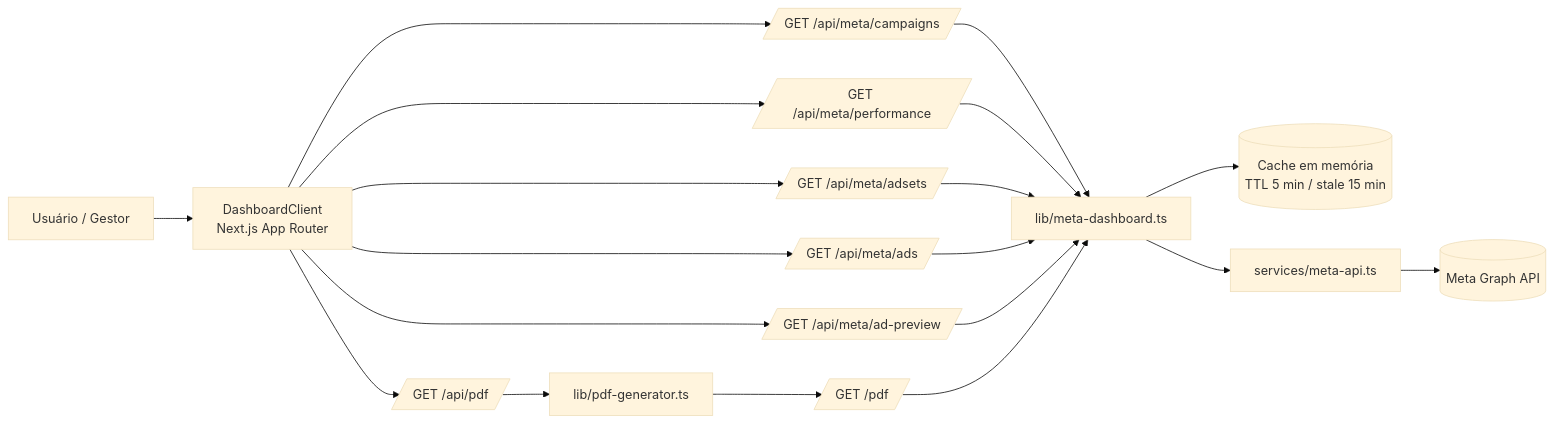
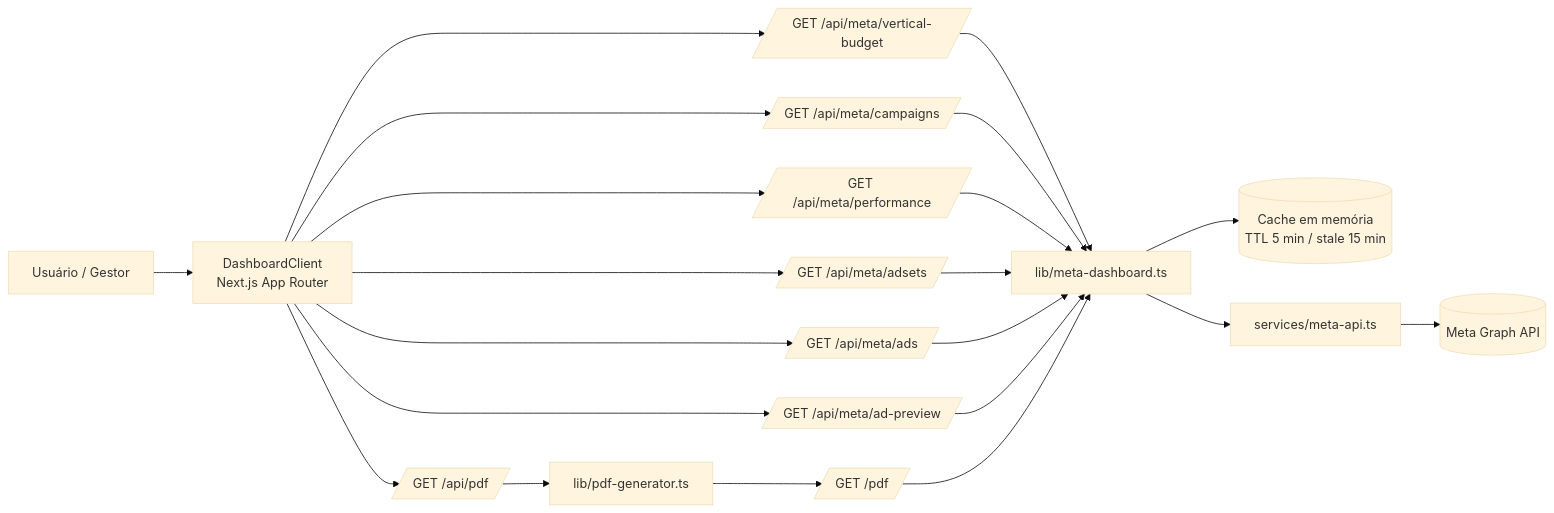
One commit to marketingviasoft/meta-ads-intelligence-viasoft changed the diagram in docs/DOCUMENTACAO_COMPLETA.md. Above: the diagram before and after it, drawn with Mermaid (base theme). The commit also changed other lines of this file and 17 other files, not shown here.

````diff
--- a/docs/DOCUMENTACAO_COMPLETA.md
+++ b/docs/DOCUMENTACAO_COMPLETA.md
@@ -86,24 +89,26 @@
 ```mermaid
 flowchart LR
   U[Usuário / Gestor] --> UI[DashboardClient<br/>Next.js App Router]
   UI --> API1[/GET /api/meta/campaigns/]
+  UI --> API0[/GET /api/meta/vertical-budget/]
   UI --> API2[/GET /api/meta/performance/]
   UI --> API3[/GET /api/meta/adsets/]
   UI --> API4[/GET /api/meta/ads/]
   UI --> API5[/GET /api/meta/ad-preview/]
   UI --> A6[/GET /api/pdf/]
 
+  API0 --> ORQ[lib/meta-dashboard.ts]
   API1 --> ORQ[lib/meta-dashboard.ts]
   API2 --> ORQ
   API3 --> ORQ
   API4 --> ORQ
   API5 --> ORQ
 
   ORQ --> CACHE[(Cache em memória<br/>TTL 5 min / stale 15 min)]
   ORQ --> META[services/meta-api.ts]
   META --> GRAPH[(Meta Graph API)]
 
   A6 --> A7[lib/pdf-generator.ts]
   A7 --> A8[/GET /pdf/]
   A8 --> ORQ
 ```
````
